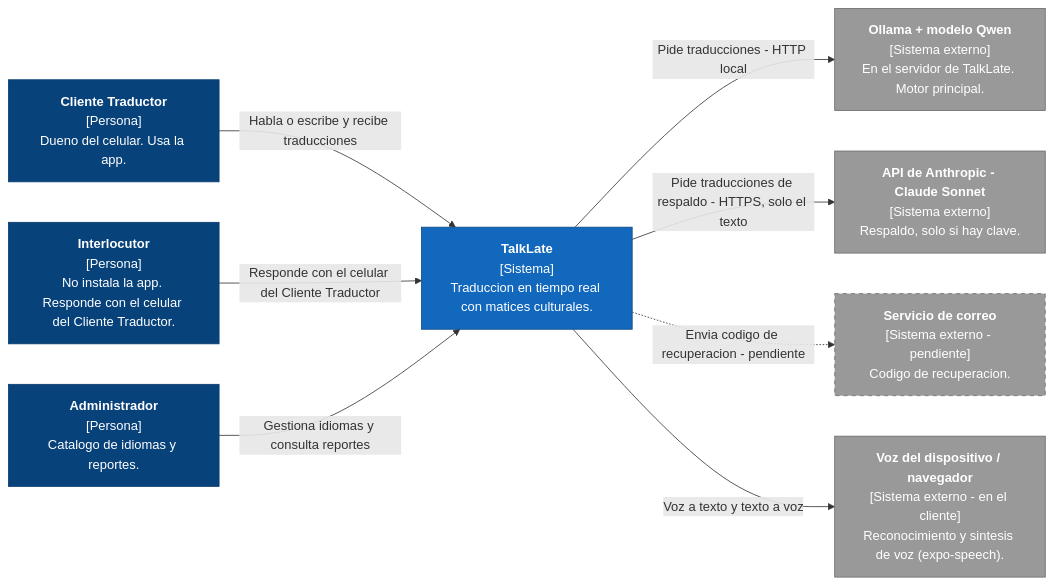
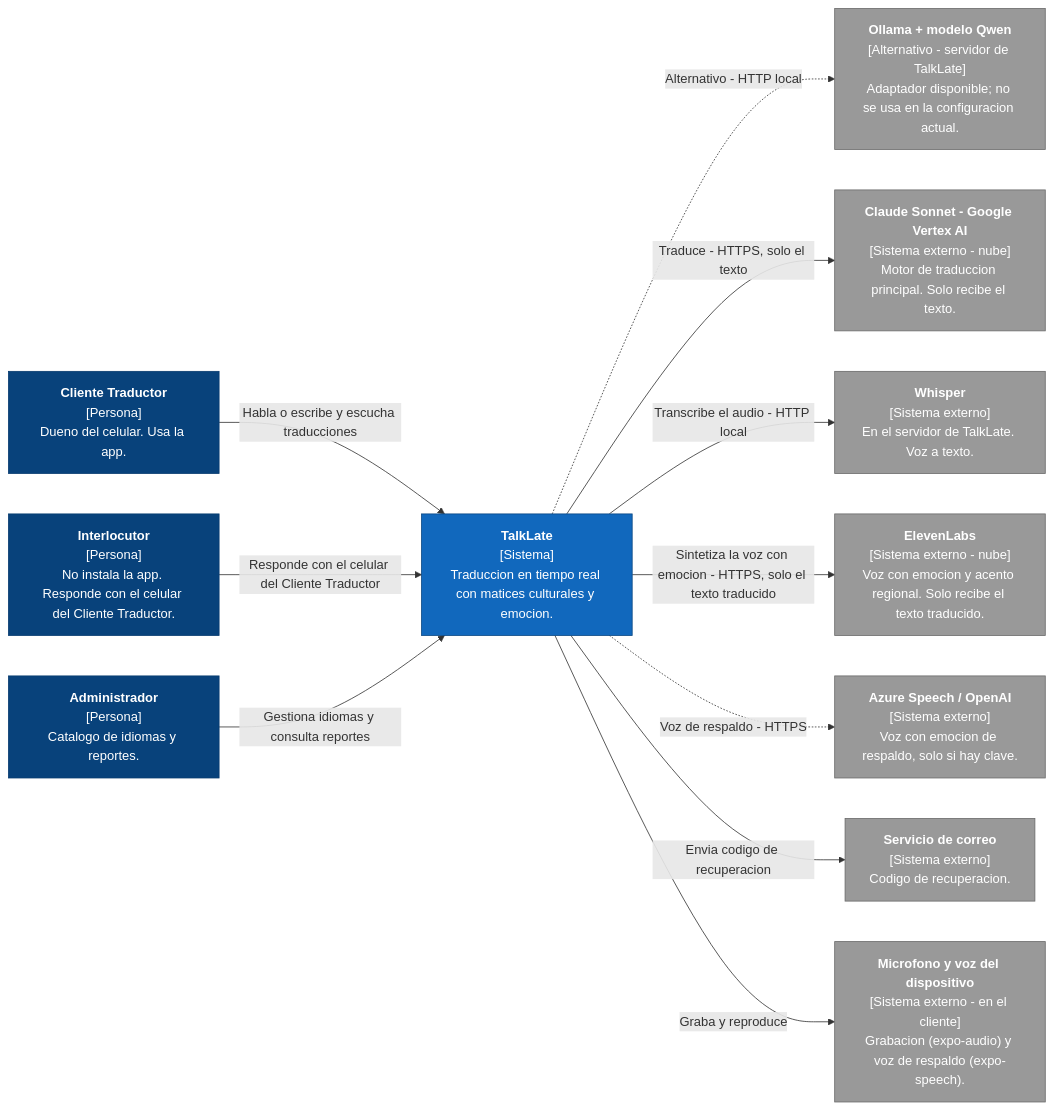
One commit to Dafatalk/talklate changed the first of 2 diagrams in arquitectura/c4.md. Above: the diagram before and after it, drawn with Mermaid. The commit also changed other lines of this file and 25 other files, not shown here.

First line of the commit message:
docs: poner al dia la documentacion con Claude en Vertex, ElevenLabs, 9 puertos y 77 pruebas; ADR-020; admin sin contrasena por defecto en produccion

````diff
--- a/arquitectura/c4.md
+++ b/arquitectura/c4.md
@@ -19,30 +19,34 @@
 ```mermaid
 flowchart LR
     cliente["<b>Cliente Traductor</b><br/>[Persona]<br/>Dueno del celular. Usa la app."]
     interlocutor["<b>Interlocutor</b><br/>[Persona]<br/>No instala la app. Responde con el celular del Cliente Traductor."]
     admin["<b>Administrador</b><br/>[Persona]<br/>Catalogo de idiomas y reportes."]
 
-    talklate["<b>TalkLate</b><br/>[Sistema]<br/>Traduccion en tiempo real con matices culturales."]
+    talklate["<b>TalkLate</b><br/>[Sistema]<br/>Traduccion en tiempo real con matices culturales y emocion."]
 
-    ollama["<b>Ollama + modelo Qwen</b><br/>[Sistema externo]<br/>En el servidor de TalkLate. Motor principal."]
-    claude["<b>API de Anthropic - Claude Sonnet</b><br/>[Sistema externo]<br/>Respaldo, solo si hay clave."]
-    correo["<b>Servicio de correo</b><br/>[Sistema externo - pendiente]<br/>Codigo de recuperacion."]
-    voz["<b>Voz del dispositivo / navegador</b><br/>[Sistema externo - en el cliente]<br/>Reconocimiento y sintesis de voz (expo-speech)."]
+    ollama["<b>Ollama + modelo Qwen</b><br/>[Alternativo - servidor de TalkLate]<br/>Adaptador disponible; no se usa en la configuracion actual."]
+    claude["<b>Claude Sonnet - Google Vertex AI</b><br/>[Sistema externo - nube]<br/>Motor de traduccion principal. Solo recibe el texto."]
+    whisper["<b>Whisper</b><br/>[Sistema externo]<br/>En el servidor de TalkLate. Voz a texto."]
+    eleven["<b>ElevenLabs</b><br/>[Sistema externo - nube]<br/>Voz con emocion y acento regional. Solo recibe el texto traducido."]
+    nube["<b>Azure Speech / OpenAI</b><br/>[Sistema externo]<br/>Voz con emocion de respaldo, solo si hay clave."]
+    correo["<b>Servicio de correo</b><br/>[Sistema externo]<br/>Codigo de recuperacion."]
+    voz["<b>Microfono y voz del dispositivo</b><br/>[Sistema externo - en el cliente]<br/>Grabacion (expo-audio) y voz de respaldo (expo-speech)."]
 
-    cliente -->|Habla o escribe y recibe traducciones| talklate
+    cliente -->|Habla o escribe y escucha traducciones| talklate
     interlocutor -->|Responde con el celular del Cliente Traductor| talklate
     admin -->|Gestiona idiomas y consulta reportes| talklate
-    talklate -->|Pide traducciones - HTTP local| ollama
-    talklate -->|Pide traducciones de respaldo - HTTPS, solo el texto| claude
-    talklate -.->|Envia codigo de recuperacion - pendiente| correo
-    talklate -->|Voz a texto y texto a voz| voz
+    talklate -.->|Alternativo - HTTP local| ollama
+    talklate -->|Traduce - HTTPS, solo el texto| claude
+    talklate -->|Transcribe el audio - HTTP local| whisper
+    talklate -->|Sintetiza la voz con emocion - HTTPS, solo el texto traducido| eleven
+    talklate -.->|Voz de respaldo - HTTPS| nube
+    talklate -->|Envia codigo de recuperacion| correo
+    talklate -->|Graba y reproduce| voz
 
     classDef persona fill:#08427B,stroke:#073B6F,color:#FFFFFF
     classDef sistema fill:#1168BD,stroke:#0B4884,color:#FFFFFF
     classDef externo fill:#999999,stroke:#6B6B6B,color:#FFFFFF
-    classDef pendiente fill:#999999,stroke:#6B6B6B,color:#FFFFFF,stroke-dasharray:5 5
     class cliente,interlocutor,admin persona
     class talklate sistema
-    class ollama,claude,voz externo
-    class correo pendiente
+    class ollama,claude,whisper,eleven,nube,correo,voz externo
 ```
````
